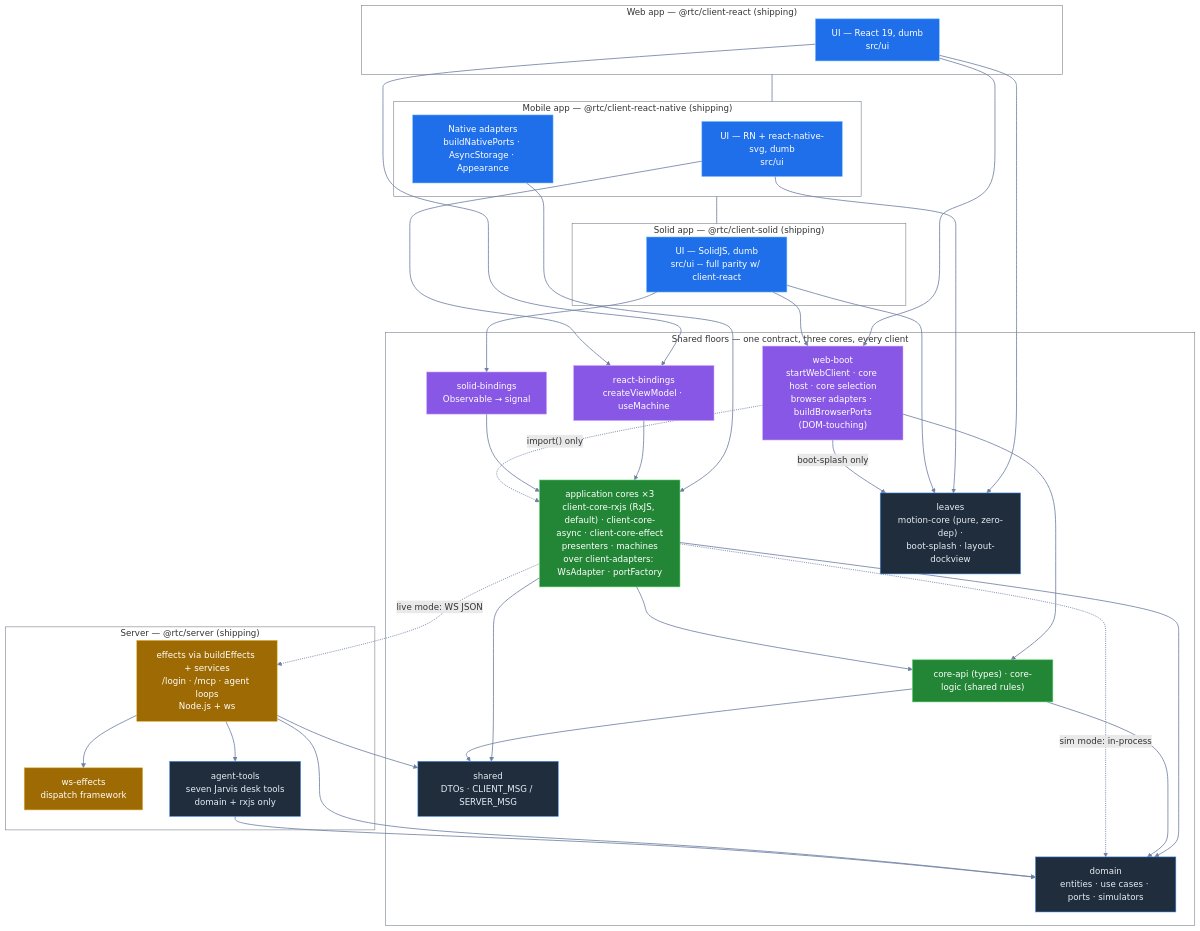
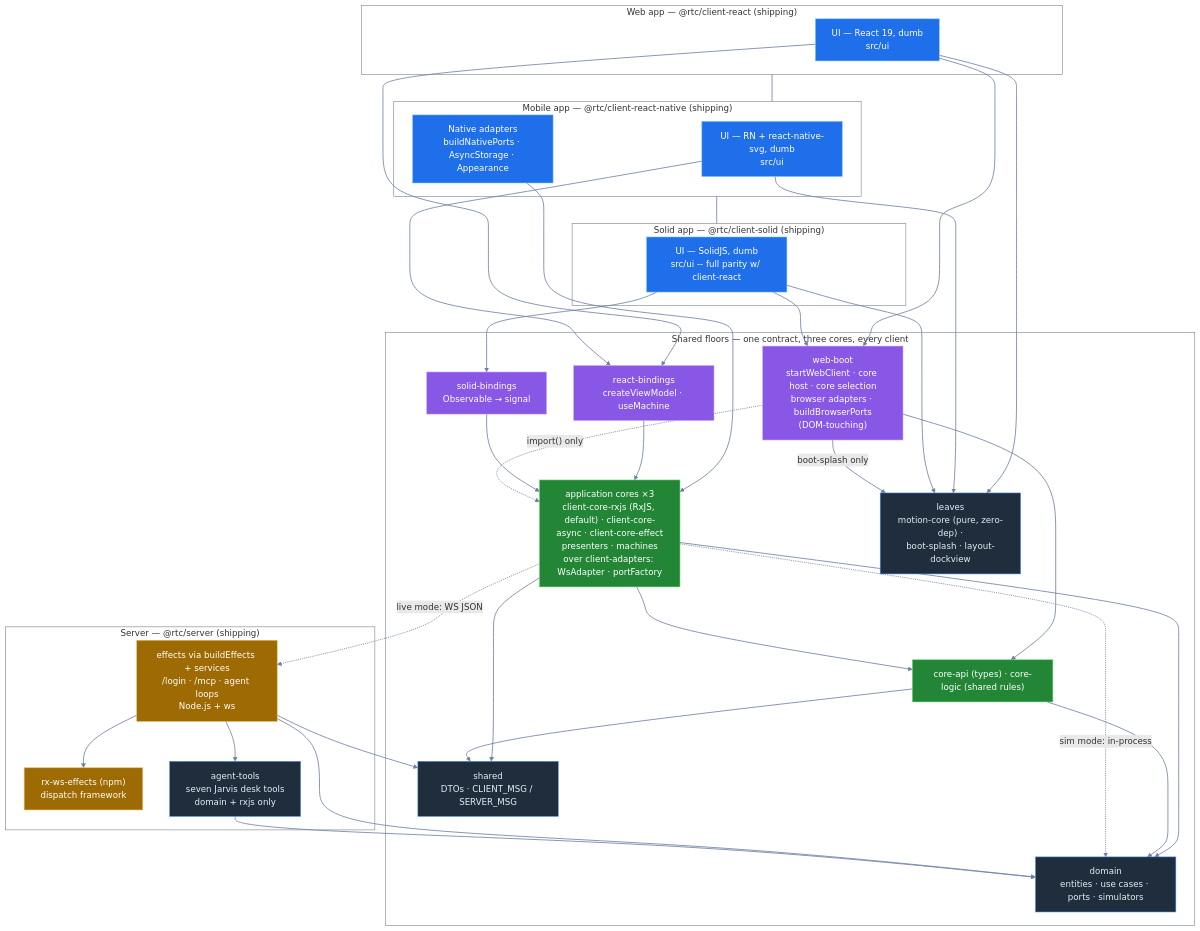
One commit to bettersoftware-io/ReactiveTraderCloudClone changed the diagram in docs/architecture/13-codebase-map.md. Above: the diagram before and after it, drawn with Mermaid. The commit also changed other lines of this file and 73 other files, not shown here.

First line of the commit message:
refactor(server): run on @better-software/rx-ws-effects from npm, delete packages/ws-effects

````diff
--- a/docs/architecture/13-codebase-map.md
+++ b/docs/architecture/13-codebase-map.md
@@ -11,75 +11,75 @@
 ```mermaid
 flowchart TB
     subgraph WebApp["Web app — @rtc/client-react (shipping)"]
         webUi["UI — React 19, dumb<br/>src/ui"]:::ui
     end
 
     subgraph MobileApp["Mobile app — @rtc/client-react-native (shipping)"]
         rnUi["UI — RN + react-native-svg, dumb<br/>src/ui"]:::ui
         rnAdapt["Native adapters<br/>buildNativePorts · AsyncStorage · Appearance"]:::ui
     end
 
     subgraph SolidApp["Solid app — @rtc/client-solid (shipping)"]
         solidUi["UI — SolidJS, dumb<br/>src/ui -- full parity w/ client-react"]:::ui
     end
 
     subgraph SharedFloors["Shared floors — one contract, three cores, every client"]
         rb["react-bindings<br/>createViewModel · useMachine"]:::bridge
         sb["solid-bindings<br/>Observable → signal"]:::bridge
         wb["web-boot<br/>startWebClient · core host · core selection<br/>browser adapters · buildBrowserPorts<br/>(DOM-touching)"]:::bridge
         core["application cores ×3<br/>client-core-rxjs (RxJS, default) · client-core-async · client-core-effect<br/>presenters · machines<br/>over client-adapters: WsAdapter · portFactory"]:::core
         api["core-api (types) · core-logic (shared rules)"]:::core
         domain["domain<br/>entities · use cases · ports · simulators"]:::domain
         shared["shared<br/>DTOs · CLIENT_MSG / SERVER_MSG"]:::domain
         motion["leaves<br/>motion-core (pure, zero-dep) ·<br/>boot-splash · layout-dockview"]:::domain
     end
 
     subgraph Server["Server — @rtc/server (shipping)"]
         srv["effects via buildEffects + services<br/>/login · /mcp · agent loops<br/>Node.js + ws"]:::server
-        wse["ws-effects<br/>dispatch framework"]:::server
+        wse["rx-ws-effects (npm)<br/>dispatch framework"]:::server
         agt["agent-tools<br/>seven Jarvis desk tools<br/>domain + rxjs only"]:::domain
     end
 
     webUi --> rb
     webUi --> motion
     webUi --> wb
     rnUi --> rb
     rnUi --> motion
     rnAdapt --> core
     solidUi --> sb
     solidUi --> motion
     solidUi --> wb
     rb --> core
     sb --> core
     wb -. "import() only" .-> core
     wb --> api
     wb -- "boot-splash only" --> motion
     core --> api
     core --> domain
     core --> shared
     api --> domain
     api --> shared
     core -. "live mode: WS JSON" .-> srv
     core -. "sim mode: in-process" .-> domain
     srv --> wse
     srv --> agt
     srv --> domain
     srv --> shared
     agt --> domain
 
     %% stack the three app buildings vertically (edge-less subgraphs would tile side by side)
     WebApp ~~~ MobileApp
     MobileApp ~~~ SolidApp
 
     classDef ui fill:#1f6feb,stroke:#79c0ff,color:#ffffff
     classDef bridge fill:#8957e5,stroke:#d2a8ff,color:#ffffff
     classDef core fill:#238636,stroke:#56d364,color:#ffffff
     classDef server fill:#9e6a03,stroke:#e3b341,color:#ffffff
     classDef domain fill:#1f2d3d,stroke:#4493f8,color:#e6edf3
     style WebApp fill:transparent,stroke:#6e7681
     style MobileApp fill:transparent,stroke:#6e7681
     style SolidApp fill:transparent,stroke:#6e7681
     style SharedFloors fill:transparent,stroke:#6e7681
     style Server fill:transparent,stroke:#6e7681
     linkStyle default stroke:#6e7fa3,stroke-width:1.5px
 ```
````
